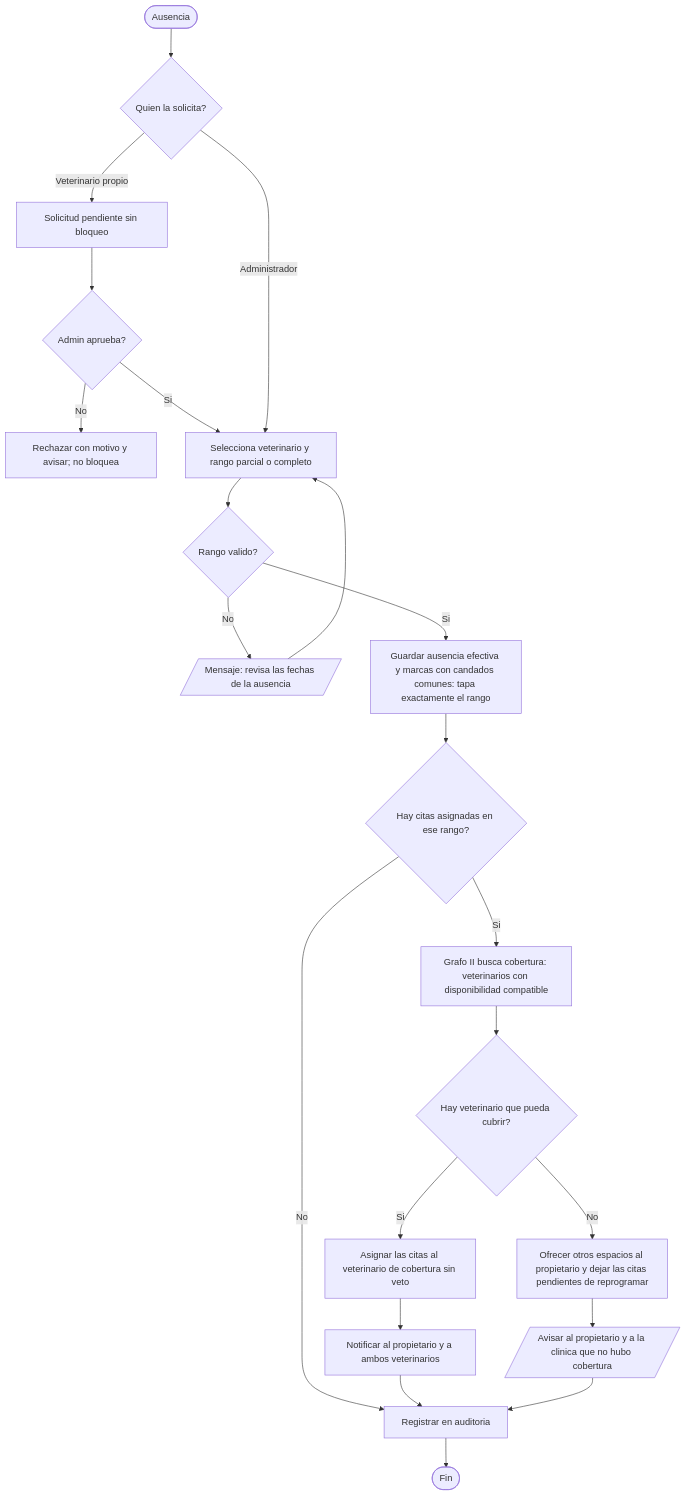
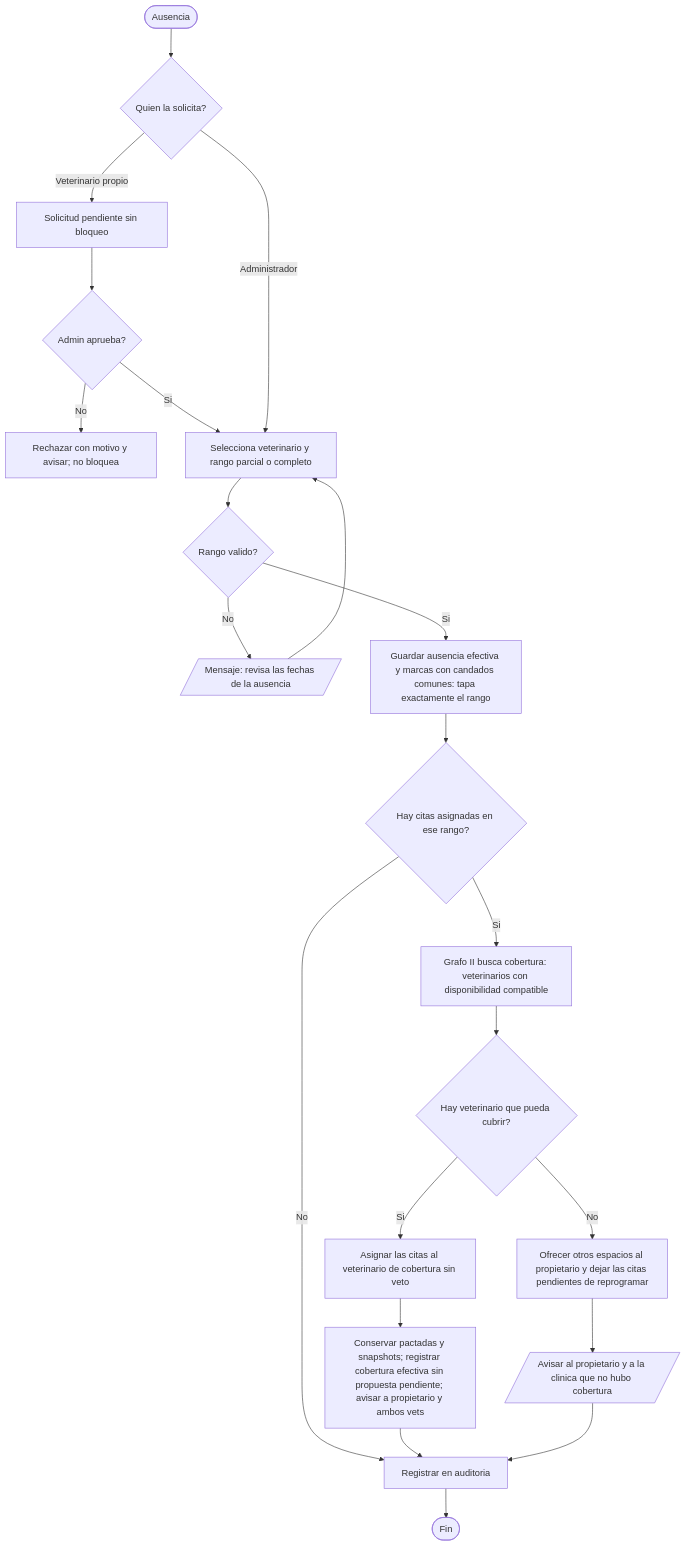
The ninth of 29 diagrams in documentacion/Modelos.md (carvajal7lsch-commits/Zooki), drawn with Mermaid before and after one commit. The commit also changed other lines of this file and 47 other files, not shown here.

````diff
--- a/documentacion/Modelos.md
+++ b/documentacion/Modelos.md
@@ -440,24 +440,24 @@
 ```mermaid
 flowchart TD
   A([Ausencia]) --> ACT{Quien la solicita?}
   ACT -- "Veterinario propio" --> SOL["Solicitud pendiente sin bloqueo"]
   SOL --> APR{Admin aprueba?}
   APR -- No --> RECH["Rechazar con motivo y avisar; no bloquea"]
   APR -- Si --> B
   ACT -- Administrador --> B[Selecciona veterinario y rango parcial o completo]
   B --> C{Rango valido?}
   C -- No --> C1[/"Mensaje: revisa las fechas de la ausencia"/]
   C1 --> B
   C -- Si --> D[Guardar ausencia efectiva y marcas con candados comunes: tapa exactamente el rango]
   D --> E{Hay citas asignadas en ese rango?}
   E -- No --> F[Registrar en auditoria]
   E -- Si --> G[Grafo II busca cobertura: veterinarios con disponibilidad compatible]
   G --> H{Hay veterinario que pueda cubrir?}
   H -- Si --> K[Asignar las citas al veterinario de cobertura sin veto]
-  K --> L[Notificar al propietario y a ambos veterinarios]
+  K --> L["Conservar pactadas y snapshots; registrar cobertura efectiva sin propuesta pendiente; avisar a propietario y ambos vets"]
   H -- No --> M[Ofrecer otros espacios al propietario y dejar las citas pendientes de reprogramar]
   M --> N[/"Avisar al propietario y a la clinica que no hubo cobertura"/]
   L --> F
   N --> F
   F --> O([Fin])
 ```
````
